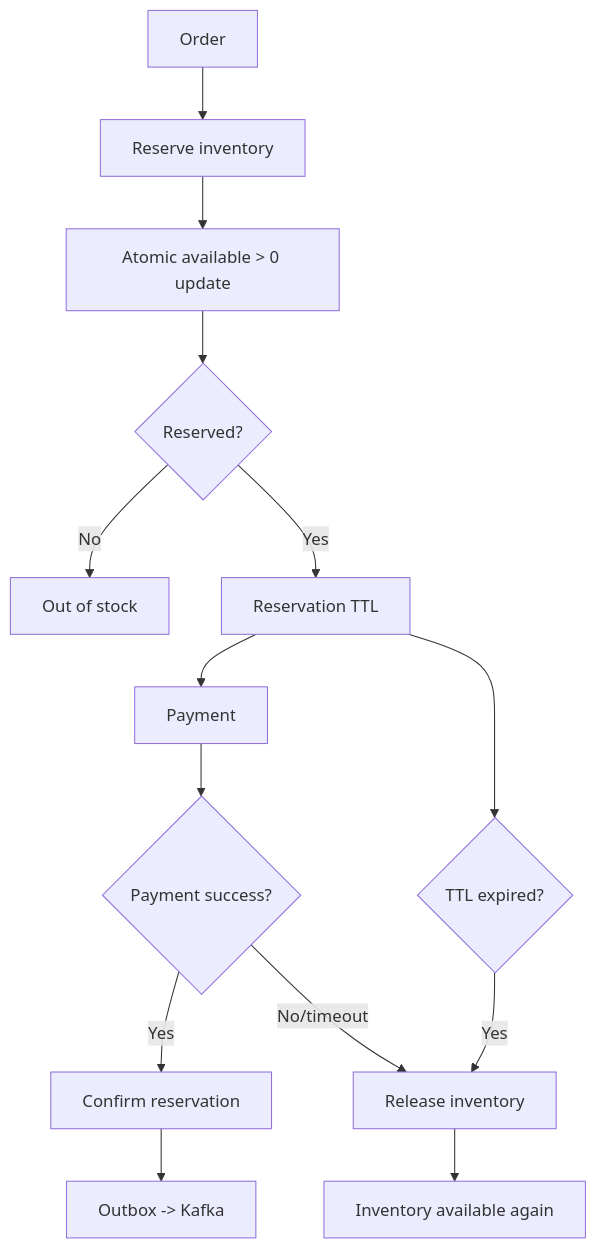
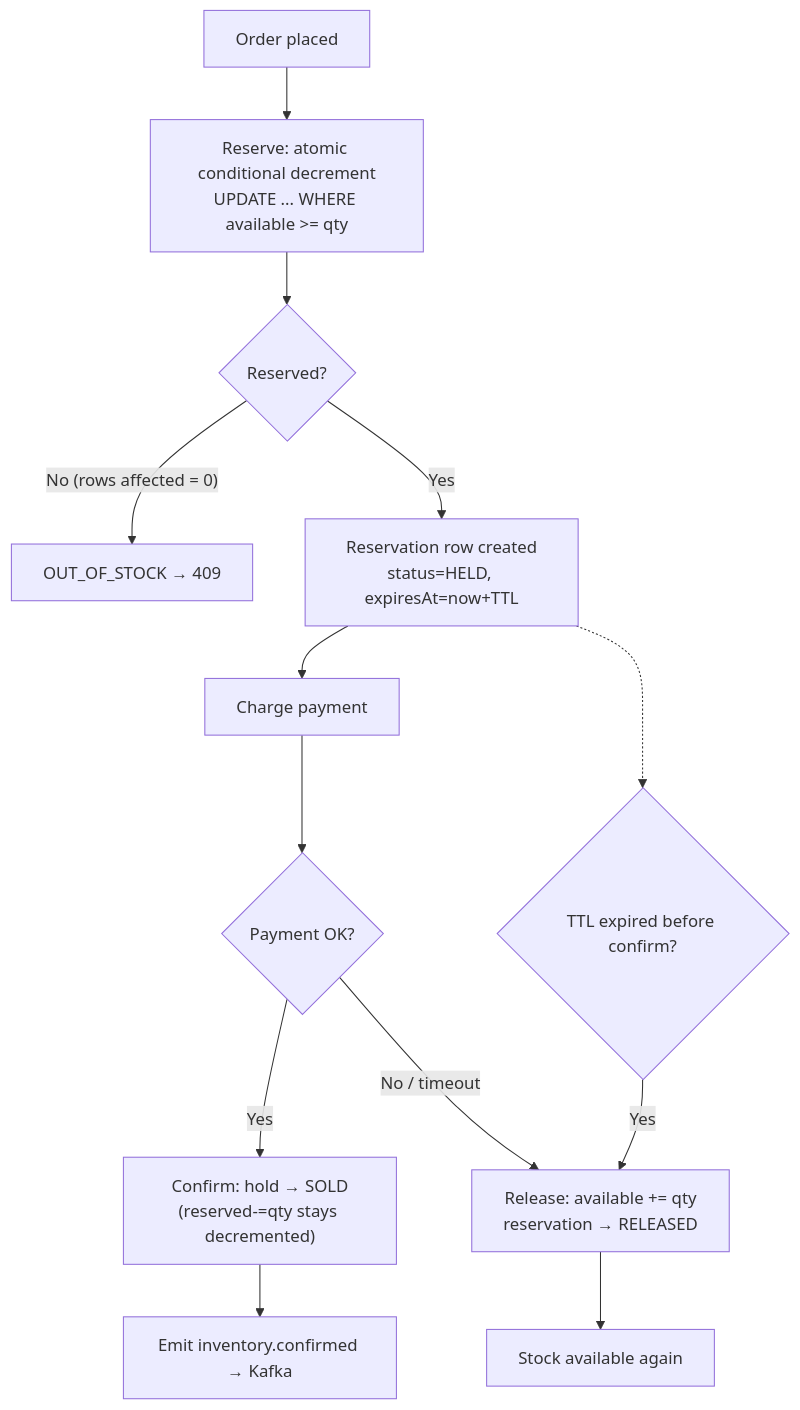
The third of 8 diagrams in files/07-design-questions/12-inventory-management.md (pankajThakur1874/studysheet), drawn with Mermaid before and after one commit. The commit also changed other lines of this file and 5 other files, not shown here.

````diff
--- a/files/07-design-questions/12-inventory-management.md
+++ b/files/07-design-questions/12-inventory-management.md
@@ -87,16 +229,15 @@
 ```mermaid
 flowchart TD
-    A[Order] --> B[Reserve inventory]
-    B --> C["Atomic available > 0 update"]
-    C --> D{"Reserved?"}
-    D -->|No| E[Out of stock]
-    D -->|Yes| F[Reservation TTL]
-    F --> G[Payment]
-    G --> H{"Payment success?"}
-    H -->|Yes| I[Confirm reservation]
-    H -->|"No/timeout"| J[Release inventory]
-    F --> K{"TTL expired?"}
+    A[Order placed] --> B["Reserve: atomic conditional decrement<br/>UPDATE ... WHERE available >= qty"]
+    B --> C{Reserved?}
+    C -->|"No (rows affected = 0)"| E[OUT_OF_STOCK → 409]
+    C -->|Yes| F["Reservation row created<br/>status=HELD, expiresAt=now+TTL"]
+    F --> G[Charge payment]
+    G --> H{Payment OK?}
+    H -->|Yes| I["Confirm: hold → SOLD<br/>(reserved-=qty stays decremented)"]
+    H -->|"No / timeout"| J["Release: available += qty<br/>reservation → RELEASED"]
+    F -.-> K{TTL expired before confirm?}
     K -->|Yes| J
-    I --> L["Outbox -> Kafka"]
-    J --> M[Inventory available again]
+    I --> L[Emit inventory.confirmed → Kafka]
+    J --> M[Stock available again]
 ```
````
